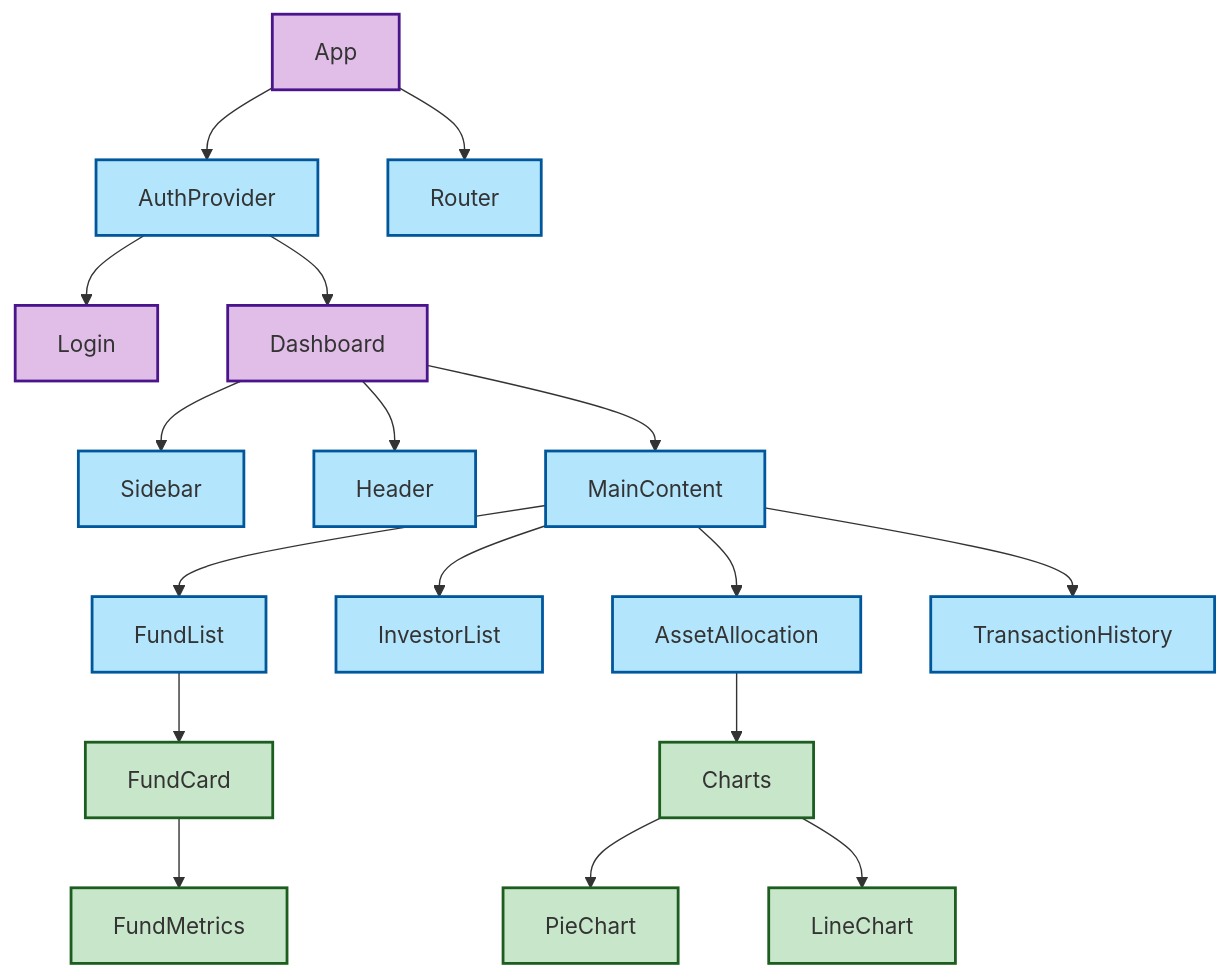
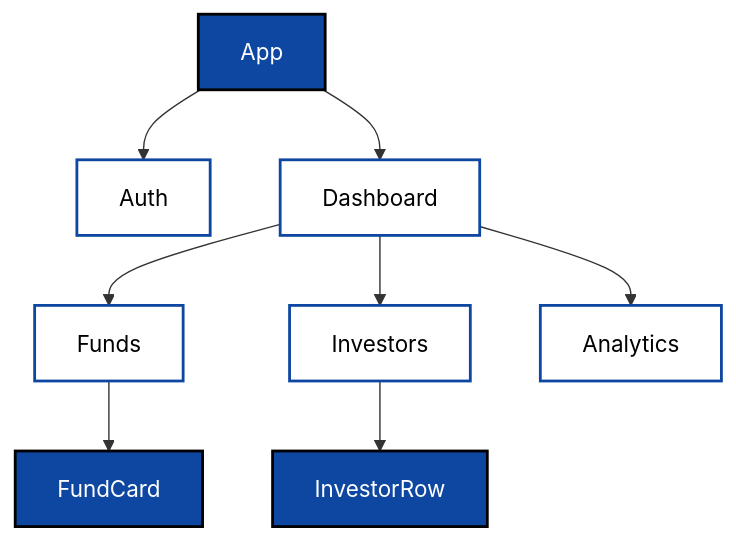
Before and after one commit to MrDecryptDecipher/xrpl-institutional-fund-management: diagram 14 of 17 in README.md, drawn with Mermaid. The commit also changed other lines of this file, not shown here.

Commit message:
docs: final polish of readme with high-contrast diagrams and fixes

````diff
--- a/README.md
+++ b/README.md
@@ -564,29 +481,15 @@
 ```mermaid
 graph TD
-    %% Styles
-    classDef page fill:#e1bee7,stroke:#4a148c,stroke-width:2px;
-    classDef comp fill:#b3e5fc,stroke:#01579b,stroke-width:2px;
-    classDef atom fill:#c8e6c9,stroke:#1b5e20,stroke-width:2px;
+    classDef primary fill:#0D47A1,stroke:#000,stroke-width:2px,color:#fff;
+    classDef secondary fill:#fff,stroke:#0D47A1,stroke-width:2px,color:#000;
 
-    App:::page --> AuthProvider:::comp
-    App --> Router:::comp
+    App:::primary --> Auth:::secondary
+    App --> Dashboard:::secondary
     
-    AuthProvider --> Login:::page
-    AuthProvider --> Dashboard:::page
+    Dashboard --> Funds:::secondary
+    Dashboard --> Investors:::secondary
+    Dashboard --> Analytics:::secondary
     
-    Dashboard --> Sidebar:::comp
-    Dashboard --> Header:::comp
-    Dashboard --> MainContent:::comp
-    
-    MainContent --> FundList:::comp
-    MainContent --> InvestorList:::comp
-    MainContent --> AssetAllocation:::comp
-    MainContent --> TransactionHistory:::comp
-    
-    FundList --> FundCard:::atom
-    FundCard --> FundMetrics:::atom
-    
-    AssetAllocation --> Charts:::atom
-    Charts --> PieChart:::atom
-    Charts --> LineChart:::atom
+    Funds --> FundCard:::primary
+    Investors --> InvestorRow:::primary
 ```
````
